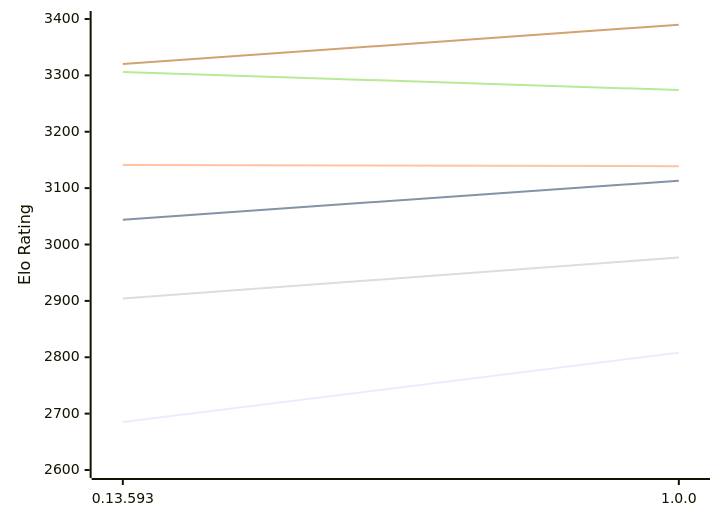
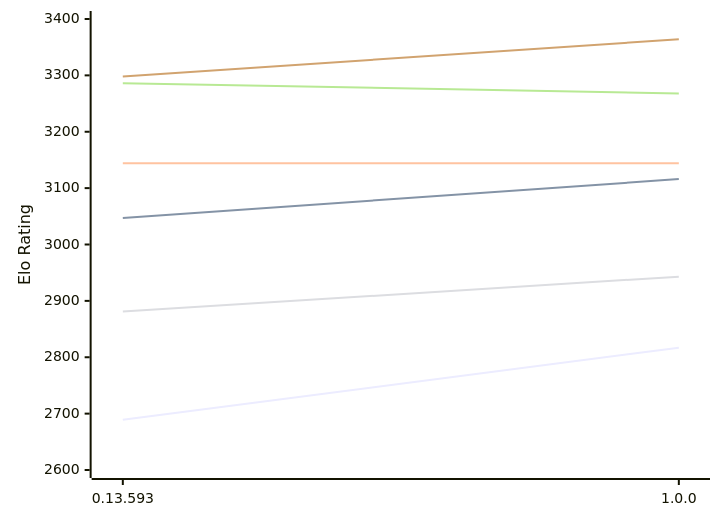
The diagram in engines/Pawnstar.md (computer-chess-index/cci), drawn with Mermaid before and after one commit. The commit also changed other lines of this file, not shown here.

Commit message:
Update CCI Ratings (ELO VLTC) - 2026-10-18

````diff
--- a/engines/Pawnstar.md
+++ b/engines/Pawnstar.md
@@ -49,12 +49,12 @@
 ```mermaid
 %%{init: {"theme":"base","themeVariables":{"seriesColors:['#a3a3a3','#222221','#faa371']}}}%%
 xychart-beta
   x-axis ["0.13.593", "1.0.0"]
   y-axis "Elo Rating" 2600 --> 3400
-  line "E1: STC (8.0+0.08s)" [2685, 2808]
-  line "E1: LTC (60.0+0.60s)" [3044, 3113]
-  line "E1: VLTC (2m24s+1.12s)" [3141, 3139]
-  line "P1: STC (8.0+0.08s)" [2904, 2977]
-  line "P1: LTC (60.0+0.60s)" [3306, 3274]
-  line "P1: VLTC (2m24s+1.12s)" [3320, 3390]
+  line "E1: STC (8.0+0.08s)" [2689, 2817]
+  line "E1: LTC (60.0+0.60s)" [3047, 3116]
+  line "E1: VLTC (2m24s+1.12s)" [3144, 3144]
+  line "P1: STC (8.0+0.08s)" [2881, 2943]
+  line "P1: LTC (60.0+0.60s)" [3286, 3268]
+  line "P1: VLTC (2m24s+1.12s)" [3298, 3364]
 ```
````
